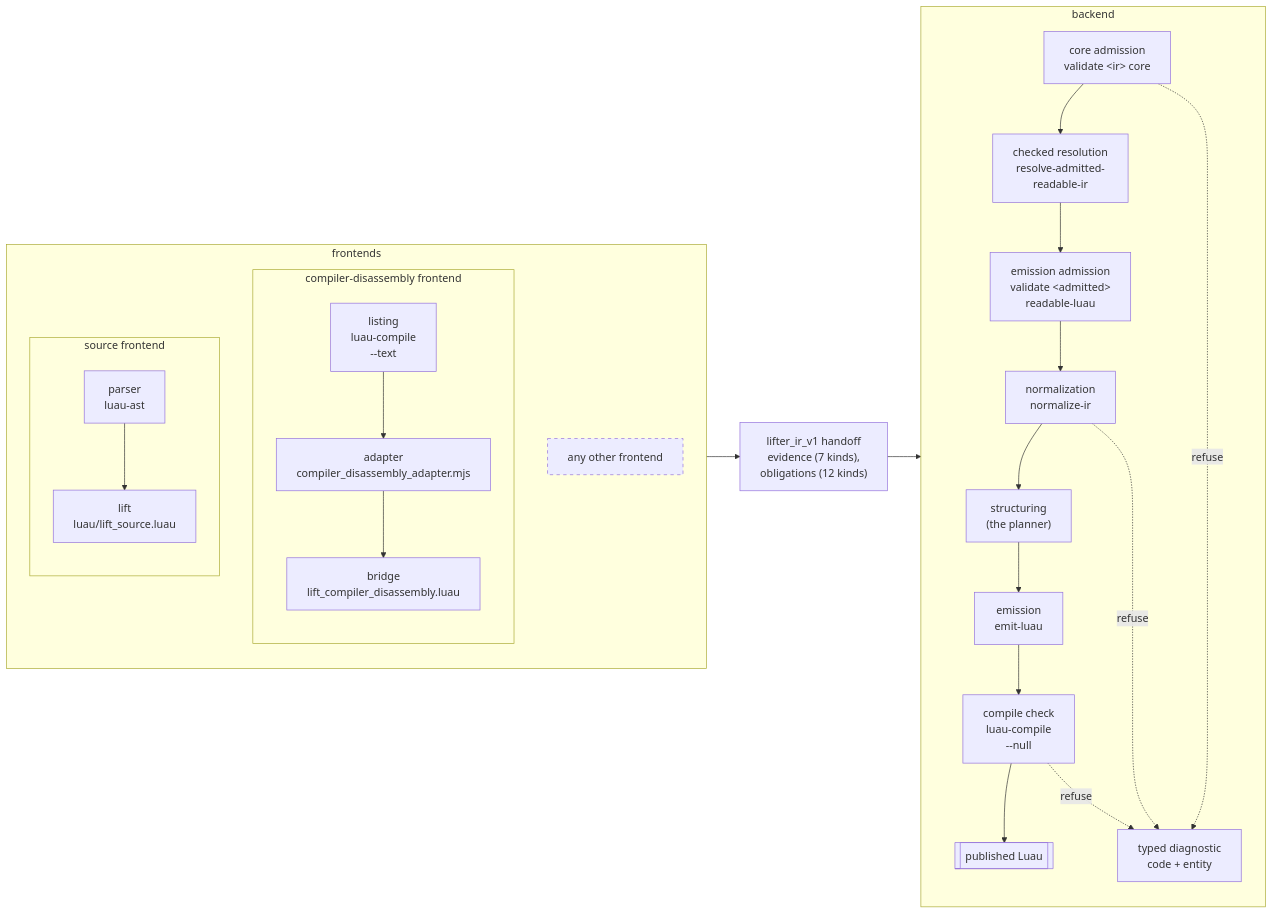
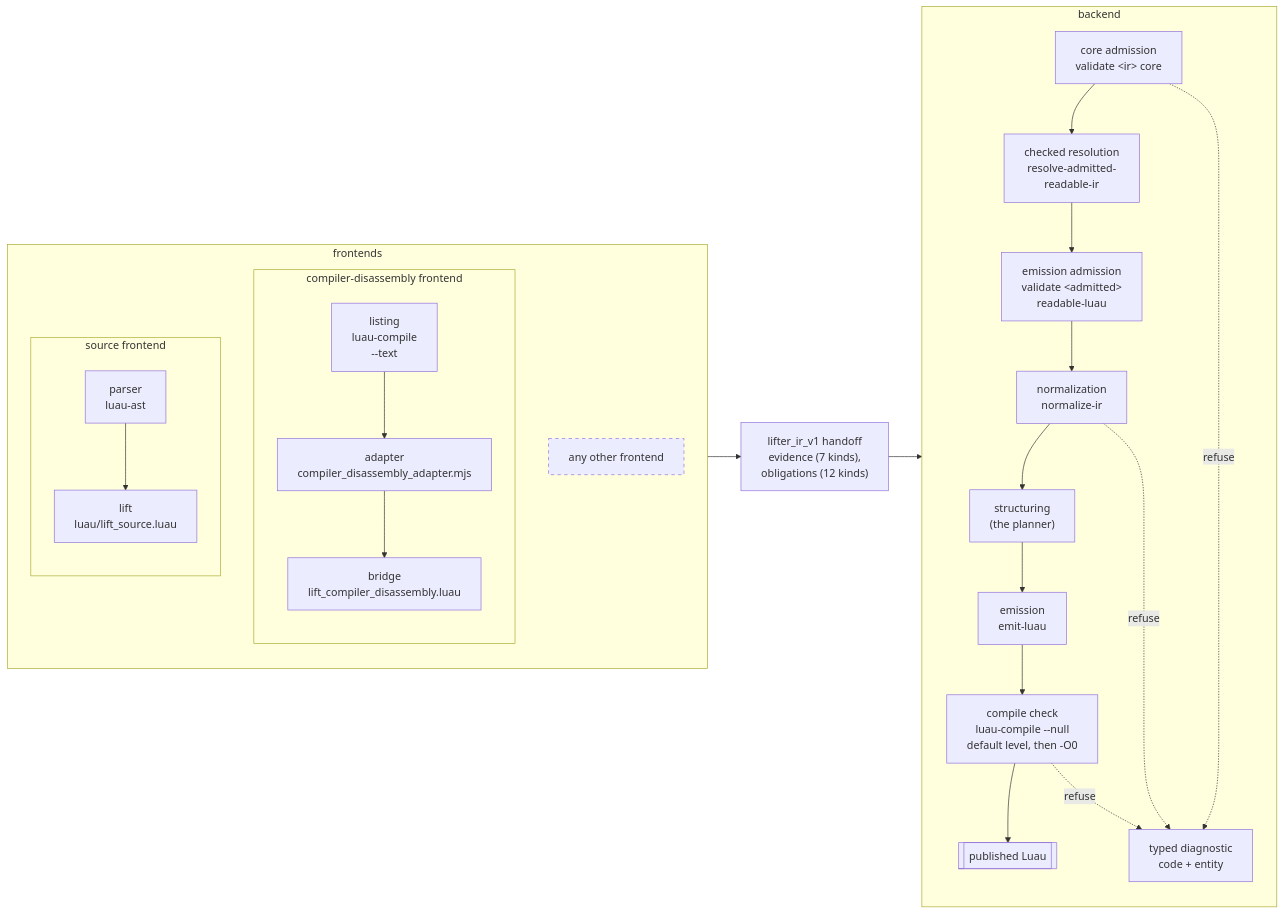
Before and after one commit to luawl/semantic-lifter: the first of 4 diagrams in docs/design.md, drawn with Mermaid. The commit also changed 10 other files, not shown here.

````diff
--- a/docs/design.md
+++ b/docs/design.md
@@ -28,31 +28,31 @@
 ```mermaid
 %% The lifter_ir_v1 contract: frontends, handoff, and backend gates
 flowchart LR
     subgraph FE["frontends"]
         O["any other frontend"]
         subgraph DF["compiler-disassembly frontend"]
             direction TB
             D1["listing<br/>luau-compile<br/>--text"] --> D2["adapter<br/>compiler_disassembly_adapter.mjs"] --> D3["bridge<br/>lift_compiler_disassembly.luau"]
         end
         subgraph SF["source frontend"]
             direction TB
             S1["parser<br/>luau-ast"] --> S2["lift<br/>luau/lift_source.luau"]
         end
     end
     FE --> H["lifter_ir_v1 handoff<br/>evidence (7 kinds),<br/>obligations (12 kinds)"]
     H --> BE
     subgraph BE["backend"]
         direction TB
         G1["core admission<br/>validate &lt;ir&gt; core"] --> G2["checked resolution<br/>resolve-admitted-<br/>readable-ir"]
         G2 --> G3["emission admission<br/>validate &lt;admitted&gt;<br/>readable-luau"]
         G3 --> G4["normalization<br/>normalize-ir"]
         G4 --> G5["structuring<br/>(the planner)"]
         G5 --> G6["emission<br/>emit-luau"]
-        G6 --> G7["compile check<br/>luau-compile<br/>--null"]
+        G6 --> G7["compile check<br/>luau-compile --null<br/>default level, then -O0"]
         G7 --> P[["published Luau"]]
         G4 -.->|refuse| T["typed diagnostic<br/>code + entity"]
         G1 -.->|refuse| T
         G7 -.->|refuse| T
     end
     style O stroke-dasharray: 5 5
 ```
````
